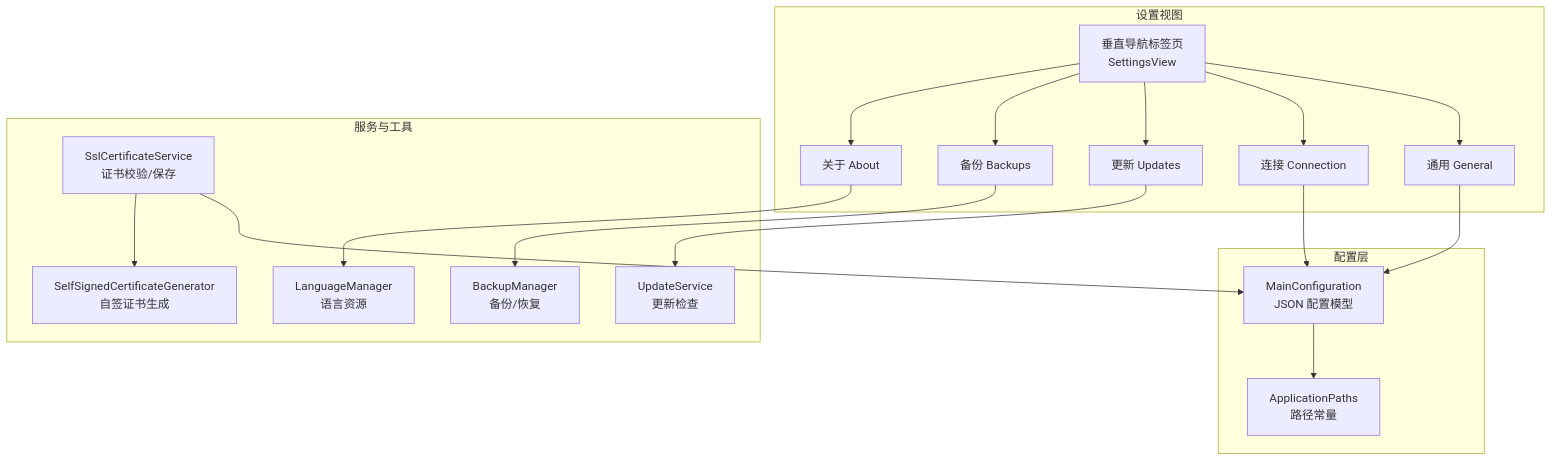
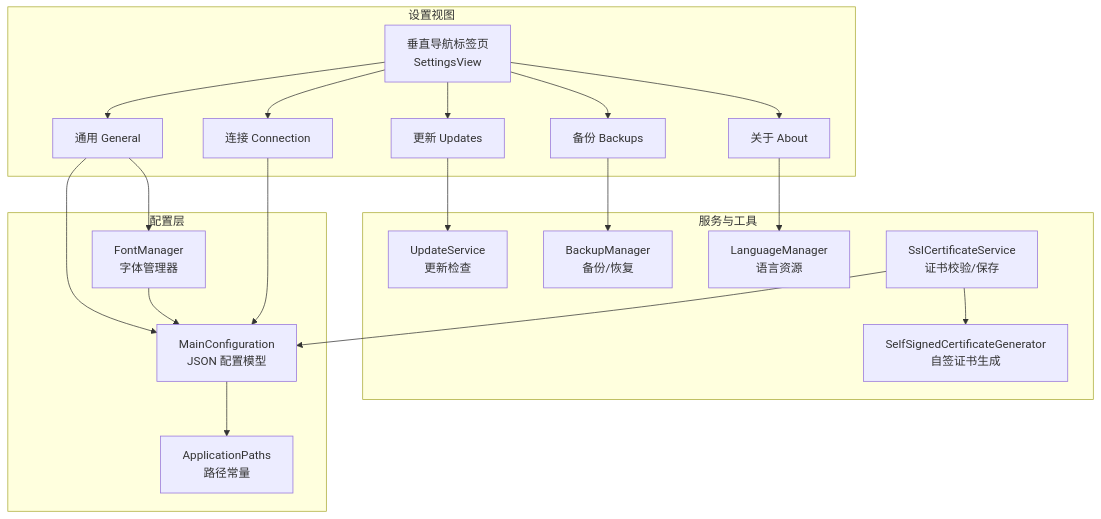
Before and after one commit to tea4go/Macro-Deck: the first of 6 diagrams in .qoder/repowiki/zh/content/图形用户界面/视图管理系统/设置视图.md, drawn with Mermaid. The commit also changed other lines of this file and 32 other files, not shown here.

````diff
--- a/.qoder/repowiki/zh/content/图形用户界面/视图管理系统/设置视图.md
+++ b/.qoder/repowiki/zh/content/图形用户界面/视图管理系统/设置视图.md
@@ -41,35 +51,38 @@
 ```mermaid
 graph TB
 subgraph "设置视图"
 VT["垂直导航标签页<br/>SettingsView"]
 T1["通用 General"]
 T2["连接 Connection"]
 T3["更新 Updates"]
 T4["备份 Backups"]
 T5["关于 About"]
 end
 subgraph "配置层"
 MC["MainConfiguration<br/>JSON 配置模型"]
 AP["ApplicationPaths<br/>路径常量"]
+FM["FontManager<br/>字体管理器"]
 end
 subgraph "服务与工具"
 LM["LanguageManager<br/>语言资源"]
 US["UpdateService<br/>更新检查"]
 BM["BackupManager<br/>备份/恢复"]
 SSL["SslCertificateService<br/>证书校验/保存"]
 SG["SelfSignedCertificateGenerator<br/>自签证书生成"]
 end
 VT --> T1
 VT --> T2
 VT --> T3
 VT --> T4
 VT --> T5
 T1 --> MC
+T1 --> FM
 T2 --> MC
 T3 --> US
 T4 --> BM
 T5 --> LM
 MC --> AP
 SSL --> MC
 SSL --> SG
+FM --> MC
 ```
````
